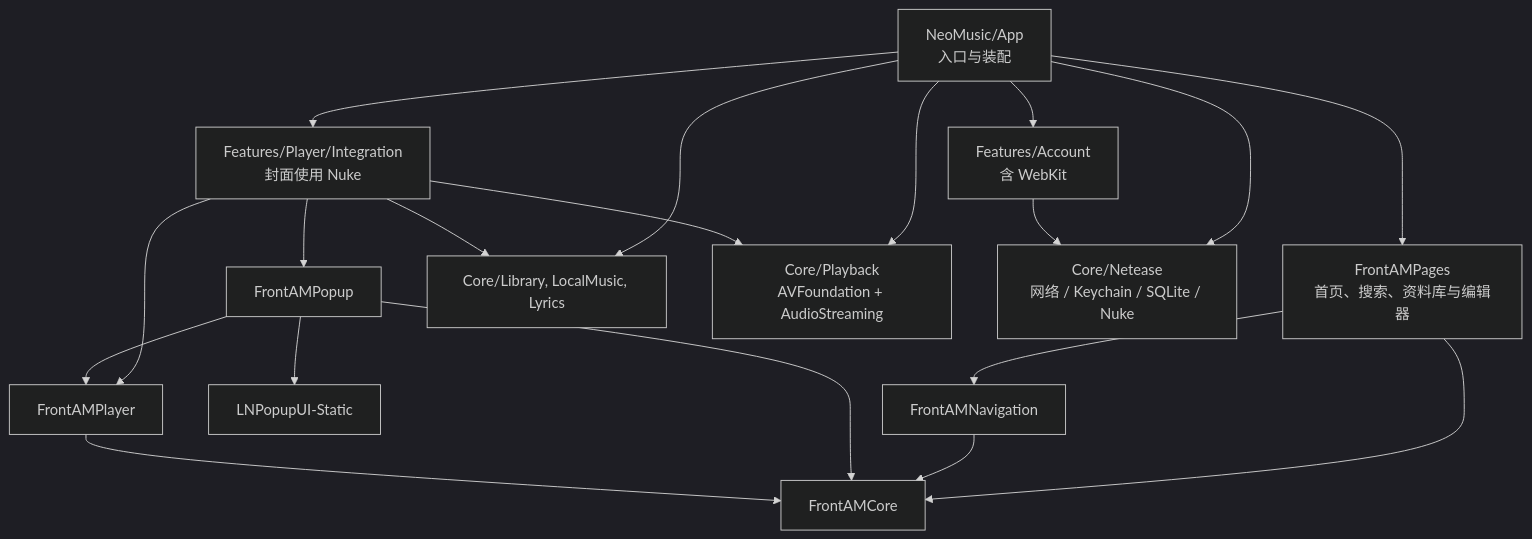
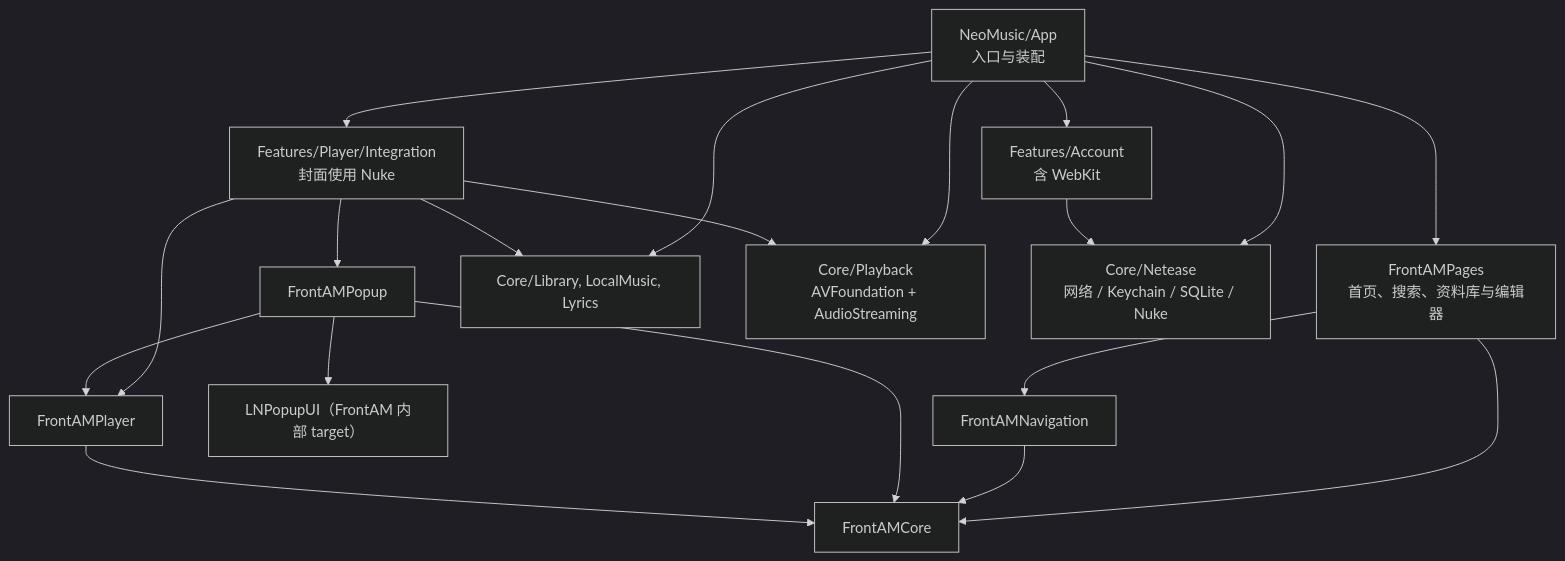
One commit to Fab1e2000/NeoMusic changed the diagram in docs/architecture.md. Above: the diagram before and after it, drawn with Mermaid (dark theme). The commit also changed other lines of this file, not shown here.

Commit message:
同步架构文档中 FrontAM 远程包与 LNPopupUI 内部 target 说明

````diff
--- a/docs/architecture.md
+++ b/docs/architecture.md
@@ -83,36 +83,36 @@
 ```mermaid
 flowchart TD
     App["NeoMusic/App<br/>入口与装配"]
     AccountUI["Features/Account<br/>含 WebKit"]
     PlayerInt["Features/Player/Integration<br/>封面使用 Nuke"]
     Pages["FrontAMPages<br/>首页、搜索、资料库与编辑器"]
     Navigation["FrontAMNavigation"]
     Popup["FrontAMPopup"]
-    LN["LNPopupUI-Static"]
+    LN["LNPopupUI（FrontAM 内部 target）"]
     FSP["FrontAMPlayer"]
     FrontCore["FrontAMCore"]
 
     CoreLib["Core/Library, LocalMusic, Lyrics"]
     CorePlay["Core/Playback<br/>AVFoundation + AudioStreaming"]
     CoreNet["Core/Netease<br/>网络 / Keychain / SQLite / Nuke"]
 
     App --> AccountUI
     App --> PlayerInt
     App --> Pages
     Pages --> Navigation
     Pages --> FrontCore
     Navigation --> FrontCore
     App --> CoreLib
     App --> CorePlay
     App --> CoreNet
 
     PlayerInt --> FSP
     PlayerInt --> Popup
     Popup --> FSP
     Popup --> FrontCore
     Popup --> LN
     FSP --> FrontCore
     PlayerInt --> CorePlay
     PlayerInt --> CoreLib
     AccountUI --> CoreNet
 ```
````
